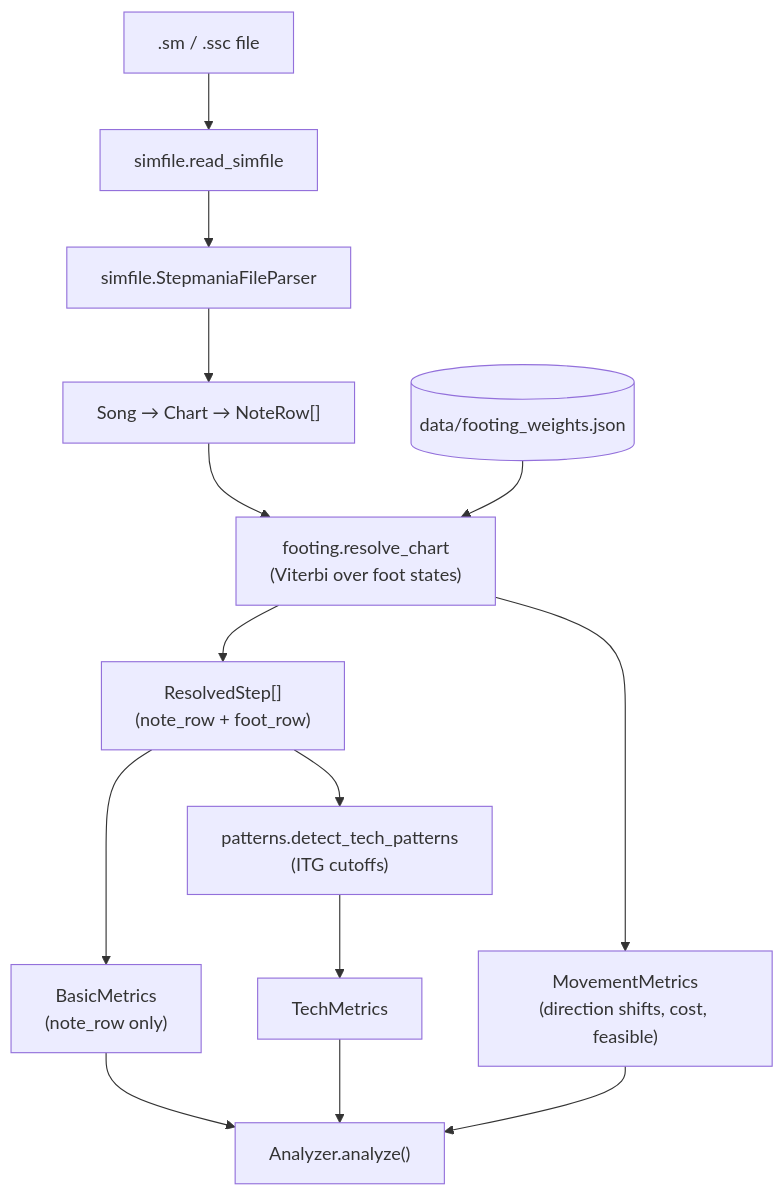
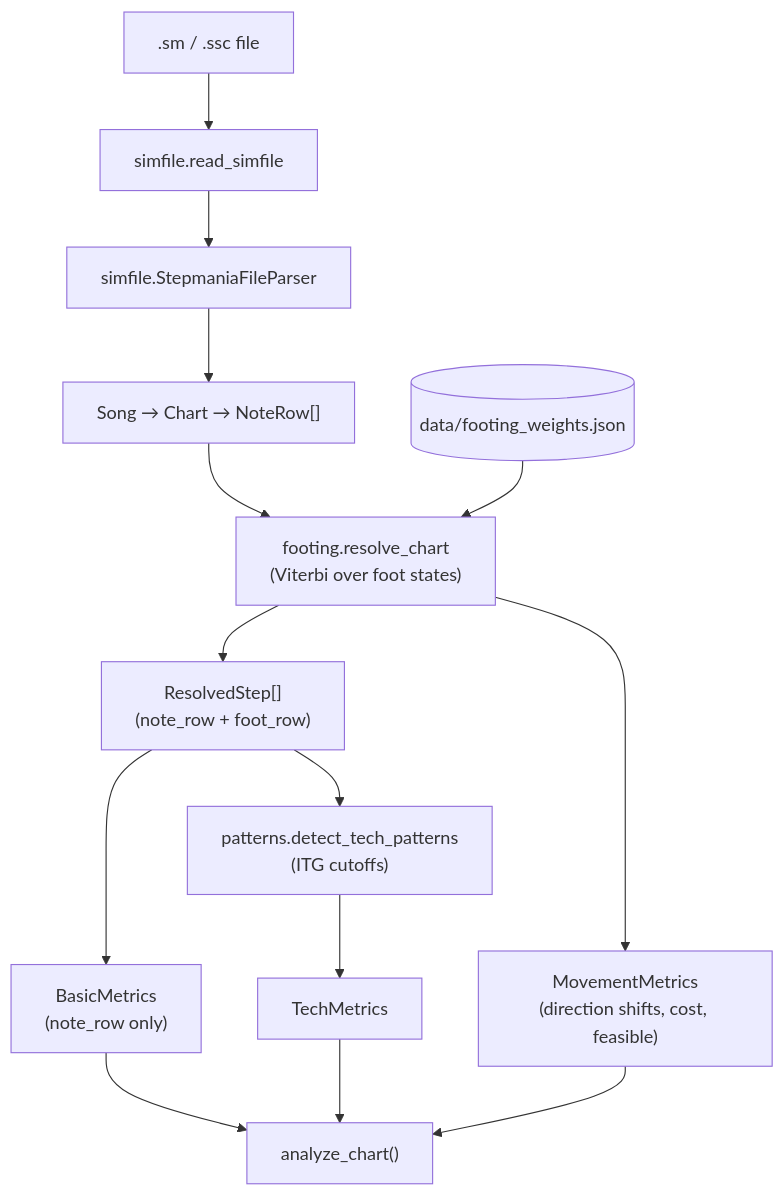
Before and after one commit to brandonabear/patternity: the diagram in docs/architecture.md, drawn with Mermaid. The commit also changed other lines of this file and 30 other files, not shown here.

````diff
--- a/docs/architecture.md
+++ b/docs/architecture.md
@@ -5,16 +5,16 @@
 ```mermaid
 flowchart TD
     file[".sm / .ssc file"] --> reader["simfile.read_simfile"]
     reader --> parser["simfile.StepmaniaFileParser"]
     parser --> song["Song → Chart → NoteRow[]"]
     song --> footing["footing.resolve_chart<br/>(Viterbi over foot states)"]
     weights[("data/footing_weights.json")] --> footing
     footing --> steps["ResolvedStep[]<br/>(note_row + foot_row)"]
     steps --> basic["BasicMetrics<br/>(note_row only)"]
     steps --> detector["patterns.detect_tech_patterns<br/>(ITG cutoffs)"]
     footing --> movement["MovementMetrics<br/>(direction shifts, cost, feasible)"]
     detector --> tech["TechMetrics"]
-    basic --> report["Analyzer.analyze()"]
+    basic --> report["analyze_chart()"]
     tech --> report
     movement --> report
 ```
````
